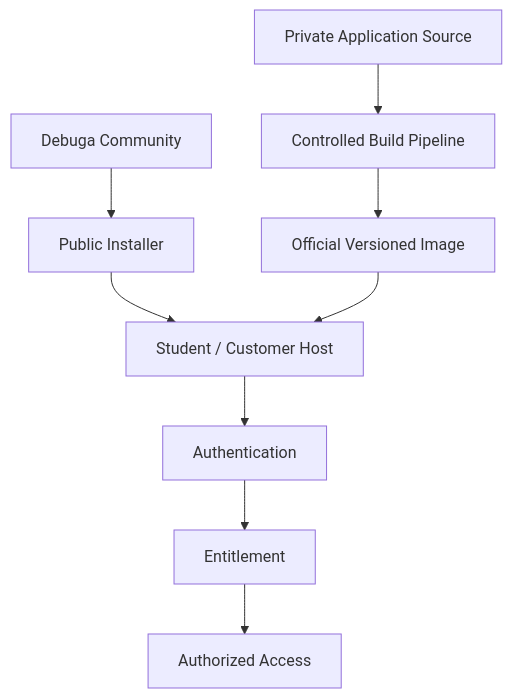
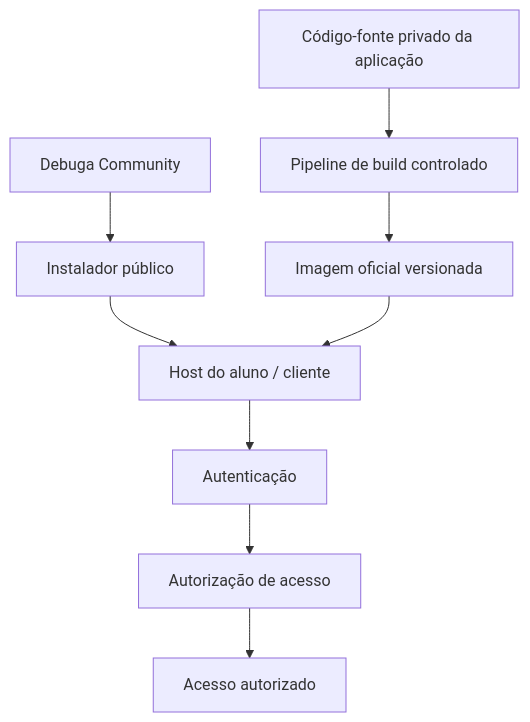
One commit to SperryTecnologia/debuga-community changed the first of 2 diagrams in docs/architecture/OVERVIEW.md. Above: the diagram before and after it, drawn with Mermaid. The commit also changed other lines of this file and 4 other files, not shown here.

````diff
--- a/docs/architecture/OVERVIEW.md
+++ b/docs/architecture/OVERVIEW.md
@@ -11,21 +15,21 @@
 ```mermaid
 flowchart TB
-    PRIVATE["Private Application Source"]
-    BUILD["Controlled Build Pipeline"]
-    IMAGE["Official Versioned Image"]
+    PRIVATE["Código-fonte privado da aplicação"]
+    BUILD["Pipeline de build controlado"]
+    IMAGE["Imagem oficial versionada"]
     COMMUNITY["Debuga Community"]
-    INSTALLER["Public Installer"]
-    TARGET["Student / Customer Host"]
-    AUTH["Authentication"]
-    ENT["Entitlement"]
-    ACCESS["Authorized Access"]
+    INSTALLER["Instalador público"]
+    TARGET["Host do aluno / cliente"]
+    AUTH["Autenticação"]
+    ENT["Autorização de acesso"]
+    ACCESS["Acesso autorizado"]
 
     PRIVATE --> BUILD
     BUILD --> IMAGE
     COMMUNITY --> INSTALLER
     INSTALLER --> TARGET
     IMAGE --> TARGET
     TARGET --> AUTH
     AUTH --> ENT
     ENT --> ACCESS
 ```
````
